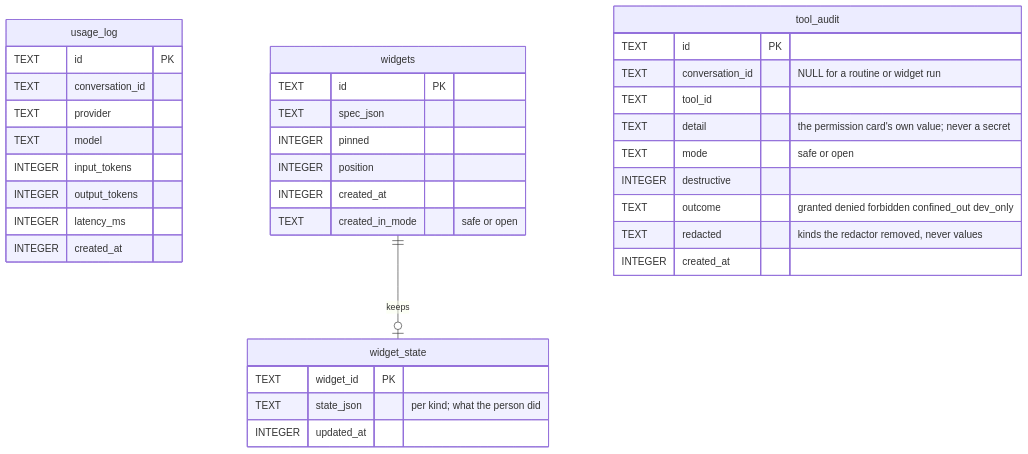
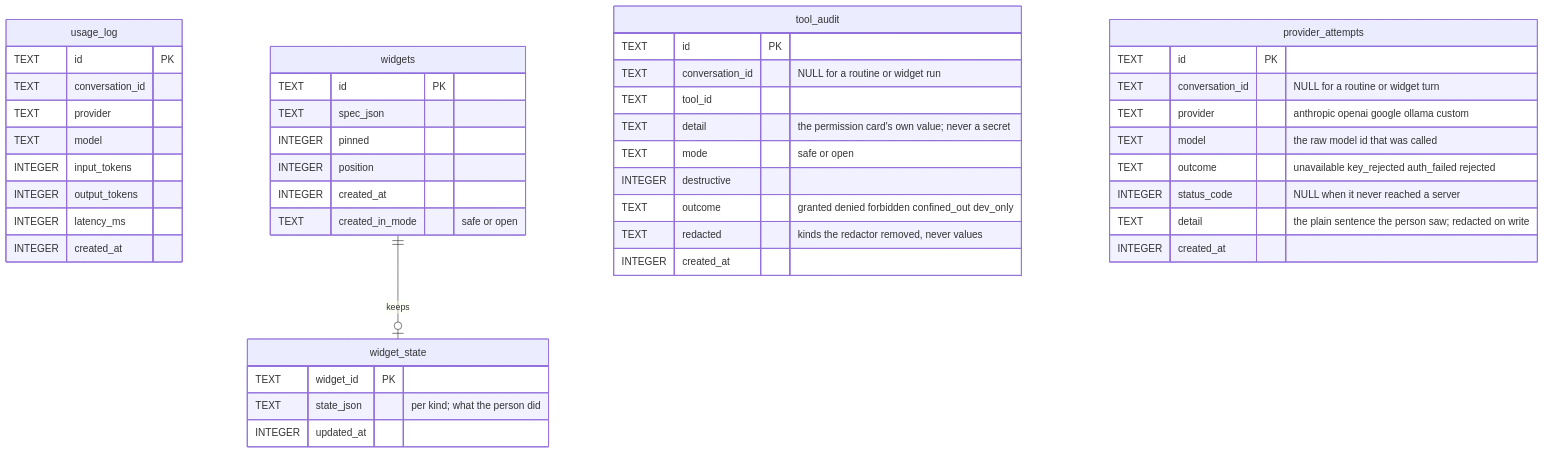
The third of 3 diagrams in docs/data-model.md (N041M/Addison), drawn with Mermaid before and after one commit. The commit also changed other lines of this file and 6 other files, not shown here.

````diff
--- a/docs/data-model.md
+++ b/docs/data-model.md
@@ -480,38 +480,48 @@
 ```mermaid
 erDiagram
     usage_log {
         TEXT id PK
         TEXT conversation_id
         TEXT provider
         TEXT model
         INTEGER input_tokens
         INTEGER output_tokens
         INTEGER latency_ms
         INTEGER created_at
     }
     widgets {
         TEXT id PK
         TEXT spec_json
         INTEGER pinned
         INTEGER position
         INTEGER created_at
         TEXT created_in_mode "safe or open"
     }
     widget_state {
         TEXT widget_id PK
         TEXT state_json "per kind; what the person did"
         INTEGER updated_at
     }
     widgets ||--o| widget_state : keeps
     tool_audit {
         TEXT id PK
         TEXT conversation_id "NULL for a routine or widget run"
         TEXT tool_id
         TEXT detail "the permission card's own value; never a secret"
         TEXT mode "safe or open"
         INTEGER destructive
         TEXT outcome "granted denied forbidden confined_out dev_only"
         TEXT redacted "kinds the redactor removed, never values"
         INTEGER created_at
     }
+    provider_attempts {
+        TEXT id PK
+        TEXT conversation_id "NULL for a routine or widget turn"
+        TEXT provider "anthropic openai google ollama custom"
+        TEXT model "the raw model id that was called"
+        TEXT outcome "unavailable key_rejected auth_failed rejected"
+        INTEGER status_code "NULL when it never reached a server"
+        TEXT detail "the plain sentence the person saw; redacted on write"
+        INTEGER created_at
+    }
 ```
````
